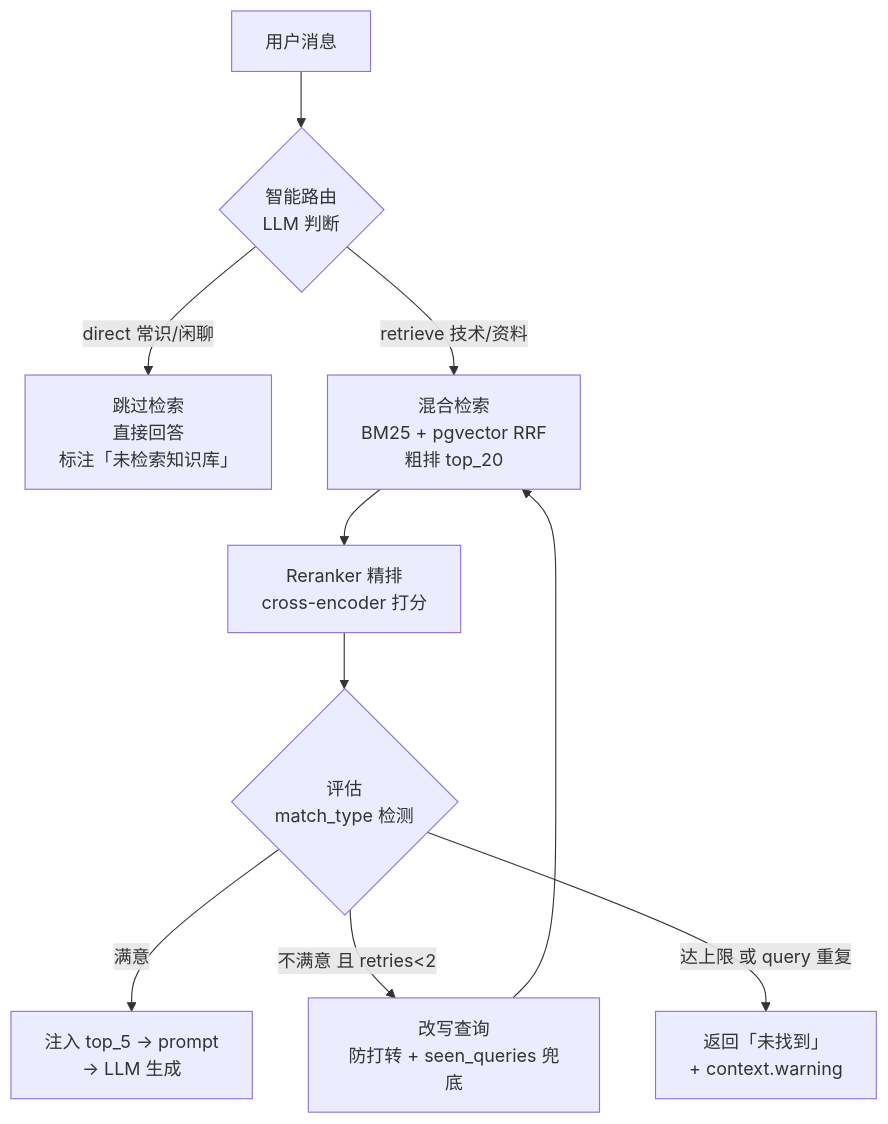
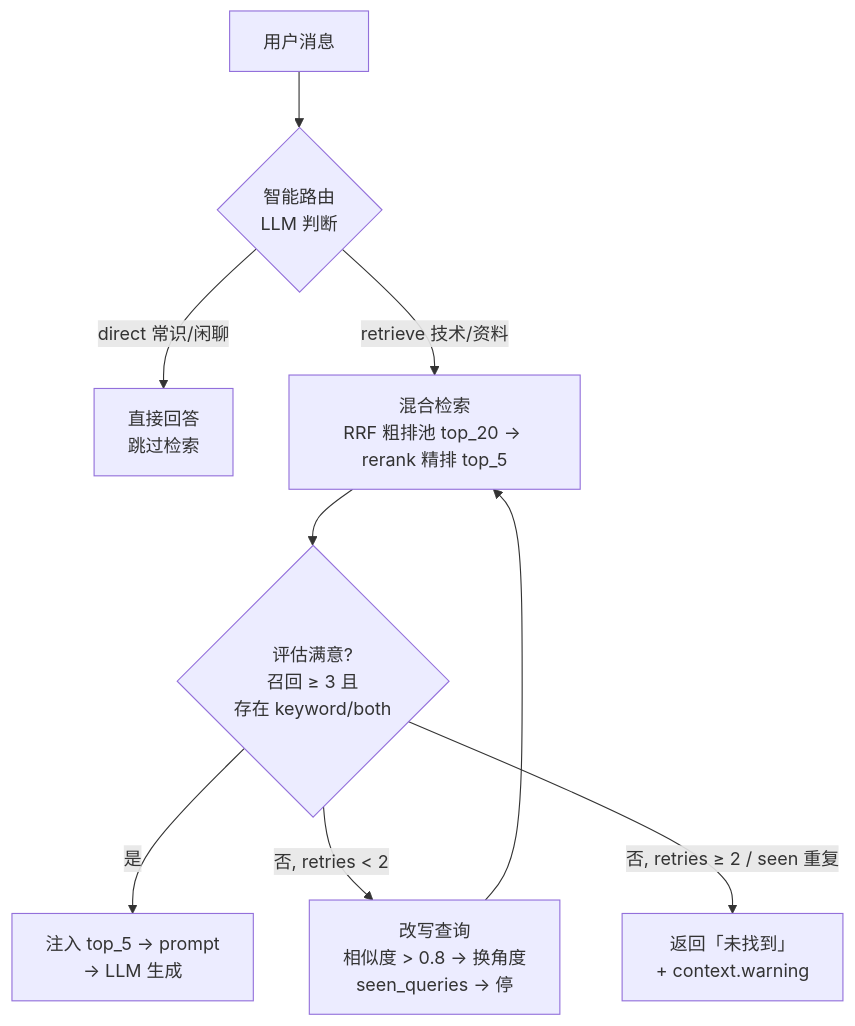
One commit to KevinDeng-0411/CodeAware changed the fourth of 6 diagrams in README.zh-CN.md. Above: the diagram before and after it, drawn with Mermaid. The commit also changed other lines of this file and 1 other file, not shown here.

Commit message:
docs: README §4 决策流图补全真实评估逻辑（召回数量 + match_type 双信号 + 防打转）
- evaluate 判定：recall ≥ 3 AND any keyword/both（RetrievalEvaluator，非 LLM）
- rewrite 注明相似度>0.8 换角度、seen_queries 即停（MAX_RETRY=2 收敛）
- 注释补 RRF 分数差废弃原因（相邻分差恒定 0.0003）

````diff
--- a/README.zh-CN.md
+++ b/README.zh-CN.md
@@ -232,12 +232,11 @@
 ```mermaid
 flowchart TD
     A[用户消息] --> B{智能路由<br/>LLM 判断}
-    B -->|direct 常识/闲聊| C[跳过检索<br/>直接回答<br/>标注「未检索知识库」]
-    B -->|retrieve 技术/资料| D[混合检索<br/>BM25 + pgvector RRF<br/>粗排 top_20]
-    D --> E[Reranker 精排<br/>cross-encoder 打分]
-    E --> F{评估<br/>match_type 检测}
-    F -->|满意| G[注入 top_5 → prompt<br/>→ LLM 生成]
-    F -->|不满意 且 retries<2| H[改写查询<br/>防打转 + seen_queries 兜底]
-    H --> D
-    F -->|达上限 或 query 重复| I[返回「未找到」<br/>+ context.warning]
+    B -->|direct 常识/闲聊| C[直接回答<br/>跳过检索]
+    B -->|retrieve 技术/资料| D[混合检索<br/>RRF 粗排池 top_20 → rerank 精排 top_5]
+    D --> E{评估满意?<br/>召回 ≥ 3 且<br/>存在 keyword/both}
+    E -->|是| F[注入 top_5 → prompt<br/>→ LLM 生成]
+    E -->|否, retries < 2| G[改写查询<br/>相似度 > 0.8 → 换角度<br/>seen_queries → 停]
+    G --> D
+    E -->|否, retries ≥ 2 / seen 重复| H[返回「未找到」<br/>+ context.warning]
 ```
````
